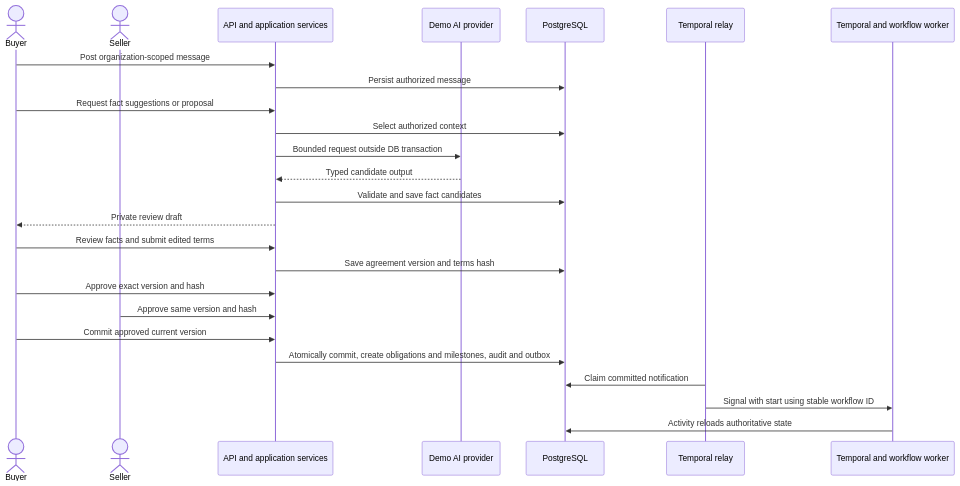
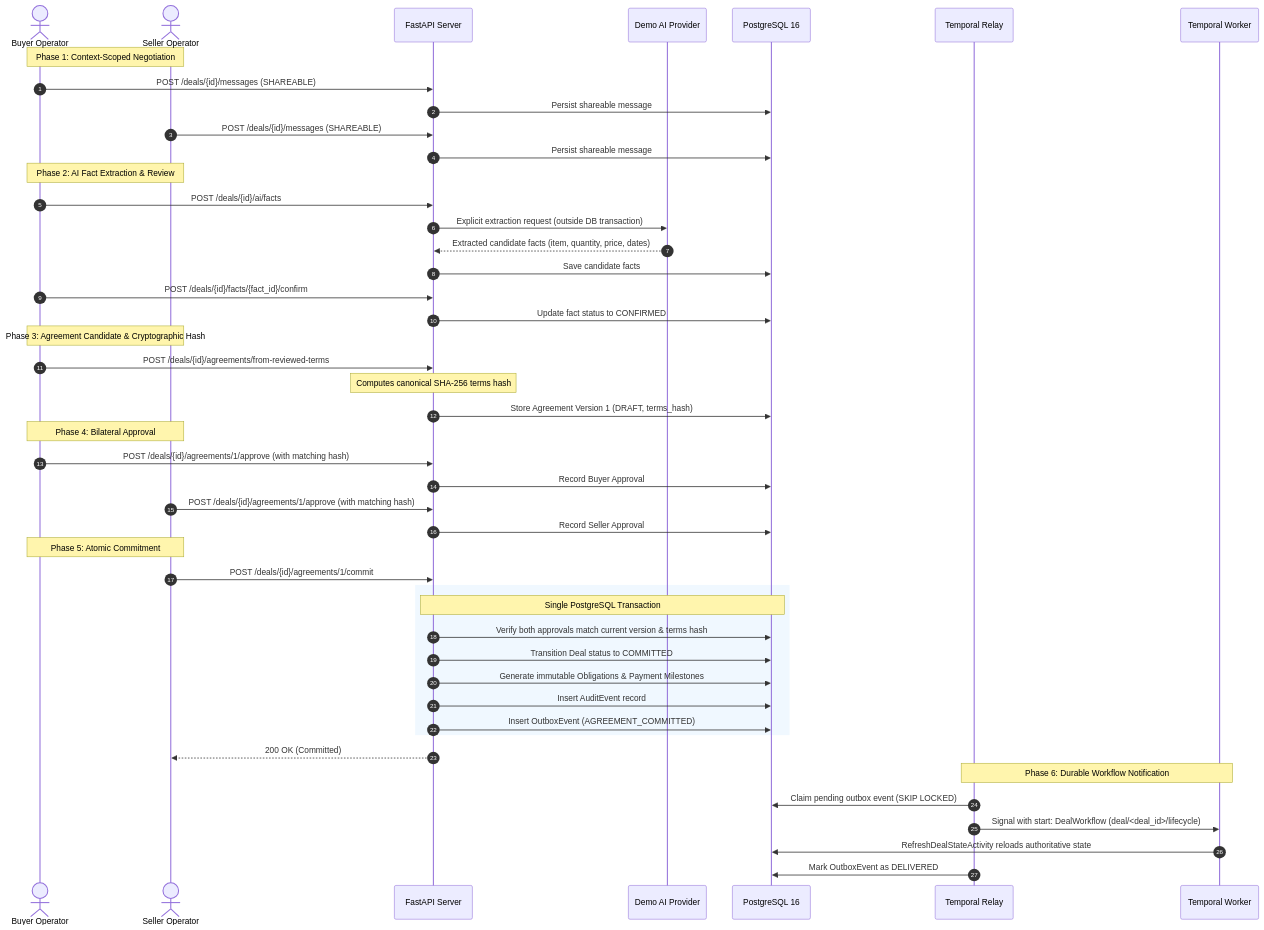
Before and after one commit to yashaswi-khurana/SyncAlly: the second of 4 diagrams in ARCHITECTURE.md, drawn with Mermaid. The commit also changed other lines of this file and 15 other files, not shown here.

Commit message:
Update timestamps in manifest.json for ARCHITECTURE.md, README.md, and docs/operations.md

````diff
--- a/ARCHITECTURE.md
+++ b/ARCHITECTURE.md
@@ -67,28 +161,54 @@
 ```mermaid
 sequenceDiagram
-    actor B as Buyer
-    actor S as Seller
-    participant API as API and application services
-    participant AI as Demo AI provider
-    participant DB as PostgreSQL
-    participant R as Temporal relay
-    participant T as Temporal and workflow worker
+    autonumber
+    actor Buyer as Buyer Operator
+    actor Seller as Seller Operator
+    participant API as FastAPI Server
+    participant AI as Demo AI Provider
+    participant DB as PostgreSQL 16
+    participant Relay as Temporal Relay
+    participant Temporal as Temporal Worker
 
-    B->>API: Post organization-scoped message
-    API->>DB: Persist authorized message
-    B->>API: Request fact suggestions or proposal
-    API->>DB: Select authorized context
-    API->>AI: Bounded request outside DB transaction
-    AI-->>API: Typed candidate output
-    API->>DB: Validate and save fact candidates
-    API-->>B: Private review draft
-    B->>API: Review facts and submit edited terms
-    API->>DB: Save agreement version and terms hash
-    B->>API: Approve exact version and hash
-    S->>API: Approve same version and hash
-    B->>API: Commit approved current version
-    API->>DB: Atomically commit, create obligations and milestones, audit and outbox
-    R->>DB: Claim committed notification
-    R->>T: Signal with start using stable workflow ID
-    T->>DB: Activity reloads authoritative state
+    Note over Buyer,Seller: Phase 1: Context-Scoped Negotiation
+    Buyer->>API: POST /deals/{id}/messages (SHAREABLE)
+    API->>DB: Persist shareable message
+    Seller->>API: POST /deals/{id}/messages (SHAREABLE)
+    API->>DB: Persist shareable message
+
+    Note over Buyer,Seller: Phase 2: AI Fact Extraction & Review
+    Buyer->>API: POST /deals/{id}/ai/facts
+    API->>AI: Explicit extraction request (outside DB transaction)
+    AI-->>API: Extracted candidate facts (item, quantity, price, dates)
+    API->>DB: Save candidate facts
+    Buyer->>API: POST /deals/{id}/facts/{fact_id}/confirm
+    API->>DB: Update fact status to CONFIRMED
+
+    Note over Buyer,Seller: Phase 3: Agreement Candidate & Cryptographic Hash
+    Buyer->>API: POST /deals/{id}/agreements/from-reviewed-terms
+    Note over API: Computes canonical SHA-256 terms hash
+    API->>DB: Store Agreement Version 1 (DRAFT, terms_hash)
+
+    Note over Buyer,Seller: Phase 4: Bilateral Approval
+    Buyer->>API: POST /deals/{id}/agreements/1/approve (with matching hash)
+    API->>DB: Record Buyer Approval
+    Seller->>API: POST /deals/{id}/agreements/1/approve (with matching hash)
+    API->>DB: Record Seller Approval
+
+    Note over Buyer,Seller: Phase 5: Atomic Commitment
+    Seller->>API: POST /deals/{id}/agreements/1/commit
+    rect rgb(240, 248, 255)
+        Note over API,DB: Single PostgreSQL Transaction
+        API->>DB: Verify both approvals match current version & terms hash
+        API->>DB: Transition Deal status to COMMITTED
+        API->>DB: Generate immutable Obligations & Payment Milestones
+        API->>DB: Insert AuditEvent record
+        API->>DB: Insert OutboxEvent (AGREEMENT_COMMITTED)
+    end
+    API-->>Seller: 200 OK (Committed)
+
+    Note over Relay,Temporal: Phase 6: Durable Workflow Notification
+    Relay->>DB: Claim pending outbox event (SKIP LOCKED)
+    Relay->>Temporal: Signal with start: DealWorkflow (deal/<deal_id>/lifecycle)
+    Temporal->>DB: RefreshDealStateActivity reloads authoritative state
+    Relay->>DB: Mark OutboxEvent as DELIVERED
 ```
````
